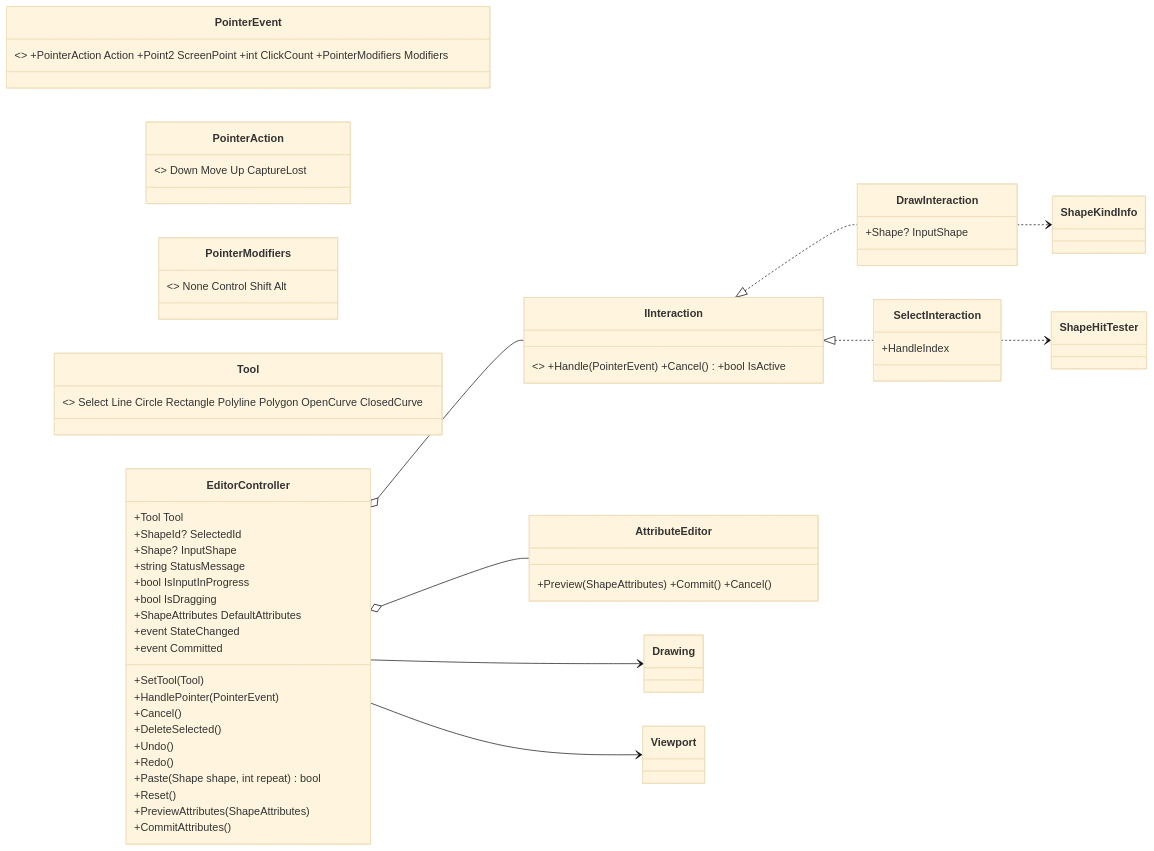
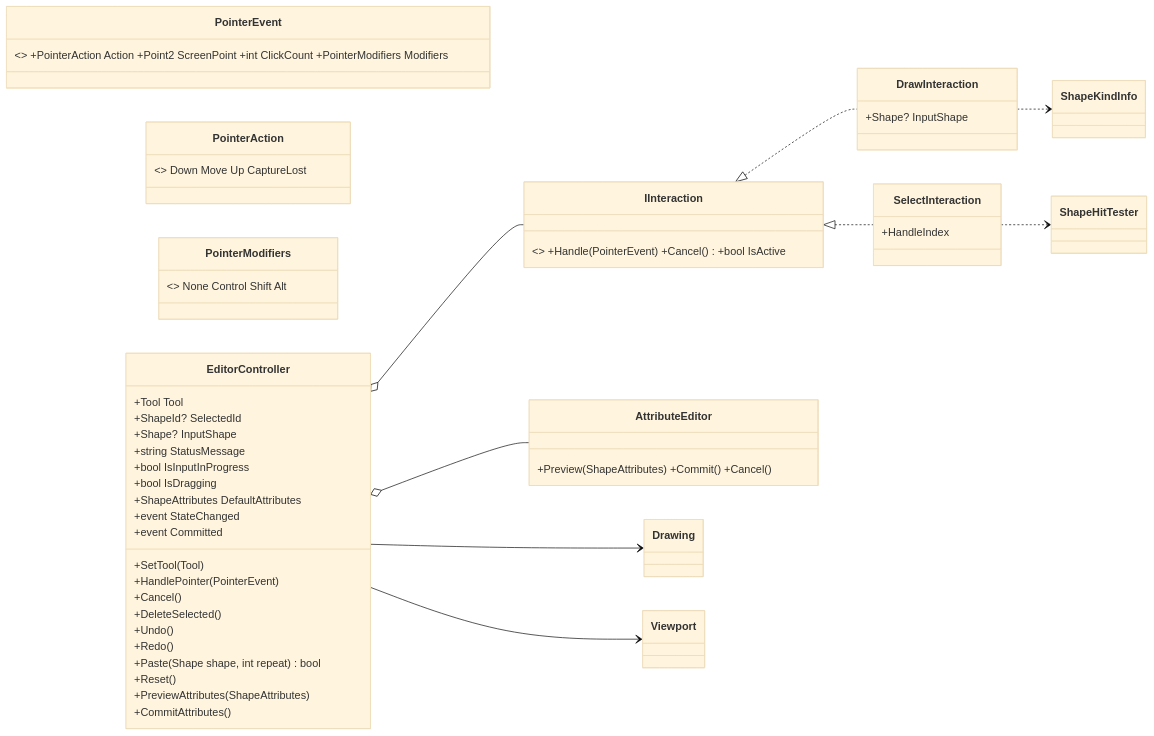
The fourth of 11 diagrams in Documents/20261105-cad-architecture.md (Fujiwo/Shos.WpfCadSample), drawn with Mermaid (base theme) before and after one commit. The commit also changed other lines of this file and 36 other files, not shown here.

First line of the commit message:
I-3（図形・属性・Drawing）を実装し、T-SHP・T-ATT・T-HIT・T-DRW・T-EXP のテストを追加

````diff
--- a/Documents/20261105-cad-architecture.md
+++ b/Documents/20261105-cad-architecture.md
@@ -287,41 +290,40 @@
 ```mermaid
 classDiagram
     direction LR
     class PointerEvent { <<record>> +PointerAction Action +Point2 ScreenPoint +int ClickCount +PointerModifiers Modifiers }
     class PointerAction { <<enum>> Down Move Up CaptureLost }
     class PointerModifiers { <<flags enum>> None Control Shift Alt }
-    class Tool { <<enum>> Select Line Circle Rectangle Polyline Polygon OpenCurve ClosedCurve }
     class EditorController {
         +Tool Tool
         +ShapeId? SelectedId
         +Shape? InputShape
         +string StatusMessage
         +bool IsInputInProgress
         +bool IsDragging
         +ShapeAttributes DefaultAttributes
         +event StateChanged
         +event Committed
         +SetTool(Tool)
         +HandlePointer(PointerEvent)
         +Cancel()
         +DeleteSelected()
         +Undo()
         +Redo()
         +Paste(Shape shape, int repeat) bool
         +Reset()
         +PreviewAttributes(ShapeAttributes)
         +CommitAttributes()
     }
     class IInteraction { <<interface>> +Handle(PointerEvent) +Cancel() +bool IsActive }
     class DrawInteraction { +Shape? InputShape }
     class SelectInteraction { +HandleIndex }
     class AttributeEditor { +Preview(ShapeAttributes) +Commit() +Cancel() }
     EditorController --> Drawing
     EditorController --> Viewport
     EditorController o-- IInteraction
     IInteraction <|.. DrawInteraction
     IInteraction <|.. SelectInteraction
     EditorController o-- AttributeEditor
     DrawInteraction ..> ShapeKindInfo
     SelectInteraction ..> ShapeHitTester
 ```
````
